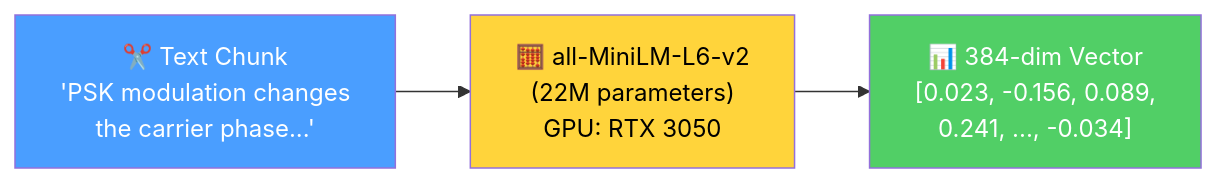
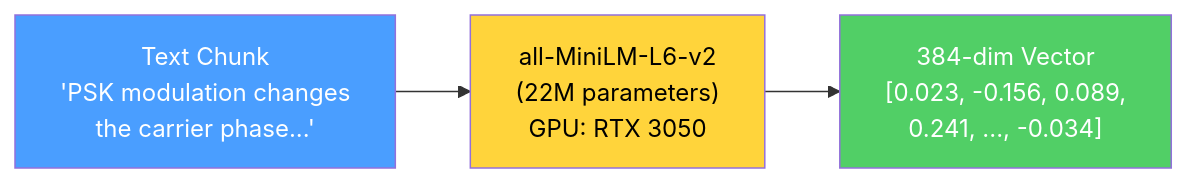
One commit to killjoycircuit/rag changed the fifth of 16 diagrams in README.md. Above: the diagram before and after it, drawn with Mermaid. The commit also changed other lines of this file, not shown here.

````diff
--- a/README.md
+++ b/README.md
@@ -233,9 +233,9 @@
 ```mermaid
 graph LR
-    C["✂️ Text Chunk<br/>'PSK modulation changes<br/>the carrier phase...'"] --> M["🧮 all-MiniLM-L6-v2<br/>(22M parameters)<br/>GPU: RTX 3050"]
-    M --> V["📊 384-dim Vector<br/>[0.023, -0.156, 0.089,<br/>0.241, ..., -0.034]"]
+    C["Text Chunk<br/>'PSK modulation changes<br/>the carrier phase...'"] --> M["all-MiniLM-L6-v2<br/>(22M parameters)<br/>GPU: RTX 3050"]
+    M --> V["384-dim Vector<br/>[0.023, -0.156, 0.089,<br/>0.241, ..., -0.034]"]
 
     style C fill:#4a9eff,color:#fff
     style M fill:#ffd43b,color:#000
     style V fill:#51cf66,color:#fff
 ```
````
